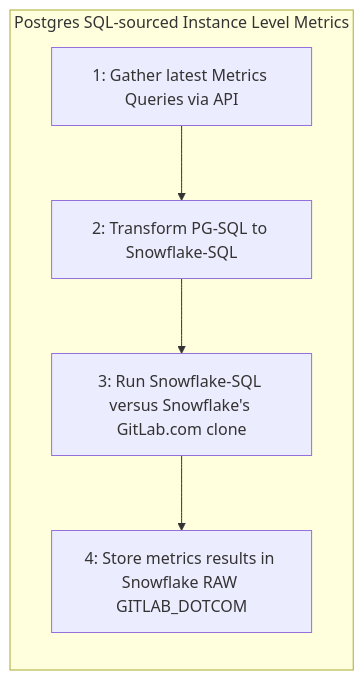
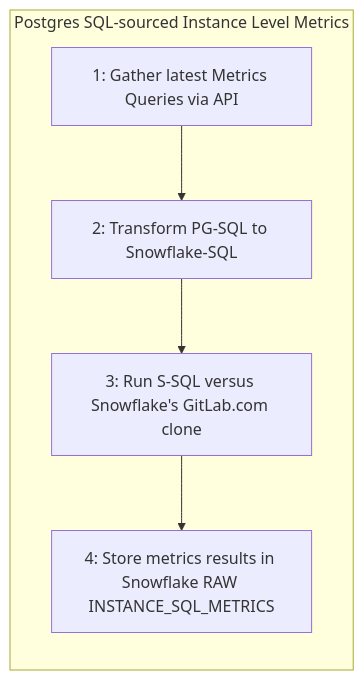
The first of 3 diagrams in business-technology/data-team/data-catalog/saas-service-ping-automation/index.html.md (secretstartups/handbook), drawn with Mermaid before and after one commit. The commit also changed other lines of this file, not shown here.

````diff
--- a/business-technology/data-team/data-catalog/saas-service-ping-automation/index.html.md
+++ b/business-technology/data-team/data-catalog/saas-service-ping-automation/index.html.md
@@ -85,8 +85,8 @@
 ```mermaid
 graph LR
 subgraph Postgres SQL-sourced Instance Level Metrics
 B[1: Gather latest Metrics Queries via API] --> C[2: Transform PG-SQL to Snowflake-SQL]
-C --> D[3: Run Snowflake-SQL versus Snowflake's GitLab.com clone]
-D --> E[4: Store metrics results in Snowflake RAW GITLAB_DOTCOM]
+C --> D[3: Run S-SQL versus Snowflake's GitLab.com clone]
+D --> E[4: Store metrics results in Snowflake RAW INSTANCE_SQL_METRICS]
 end
 ```
````
